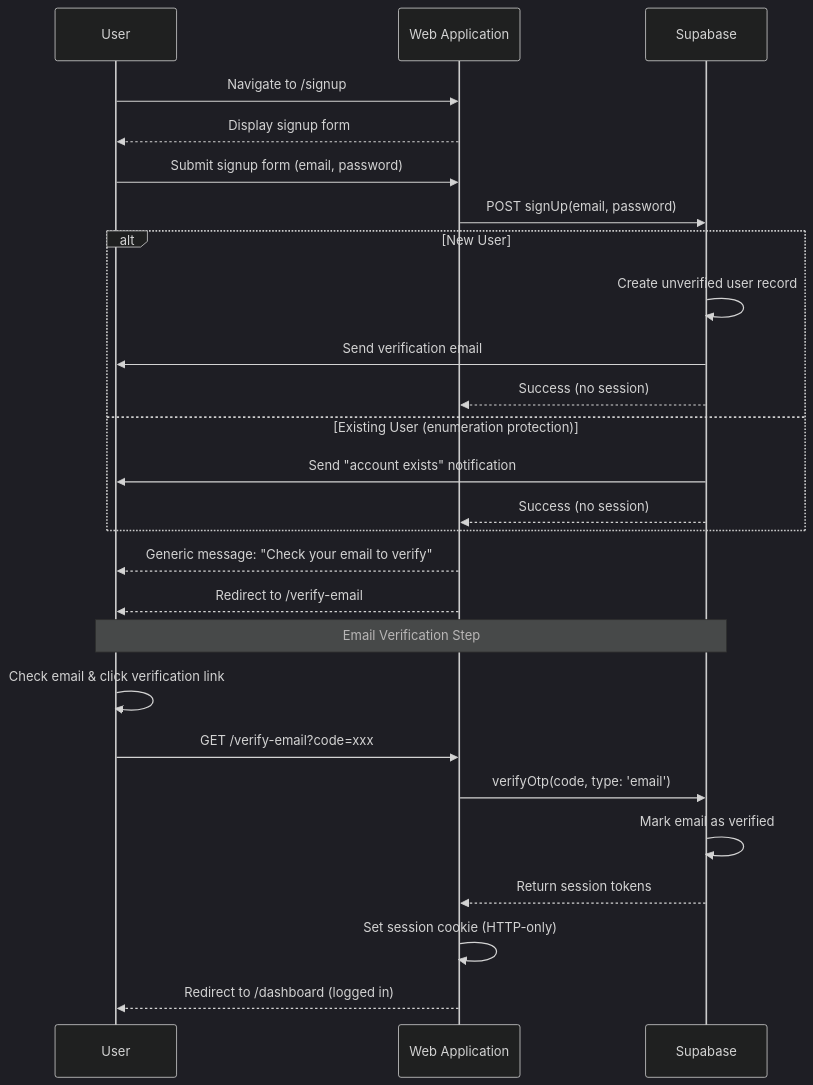
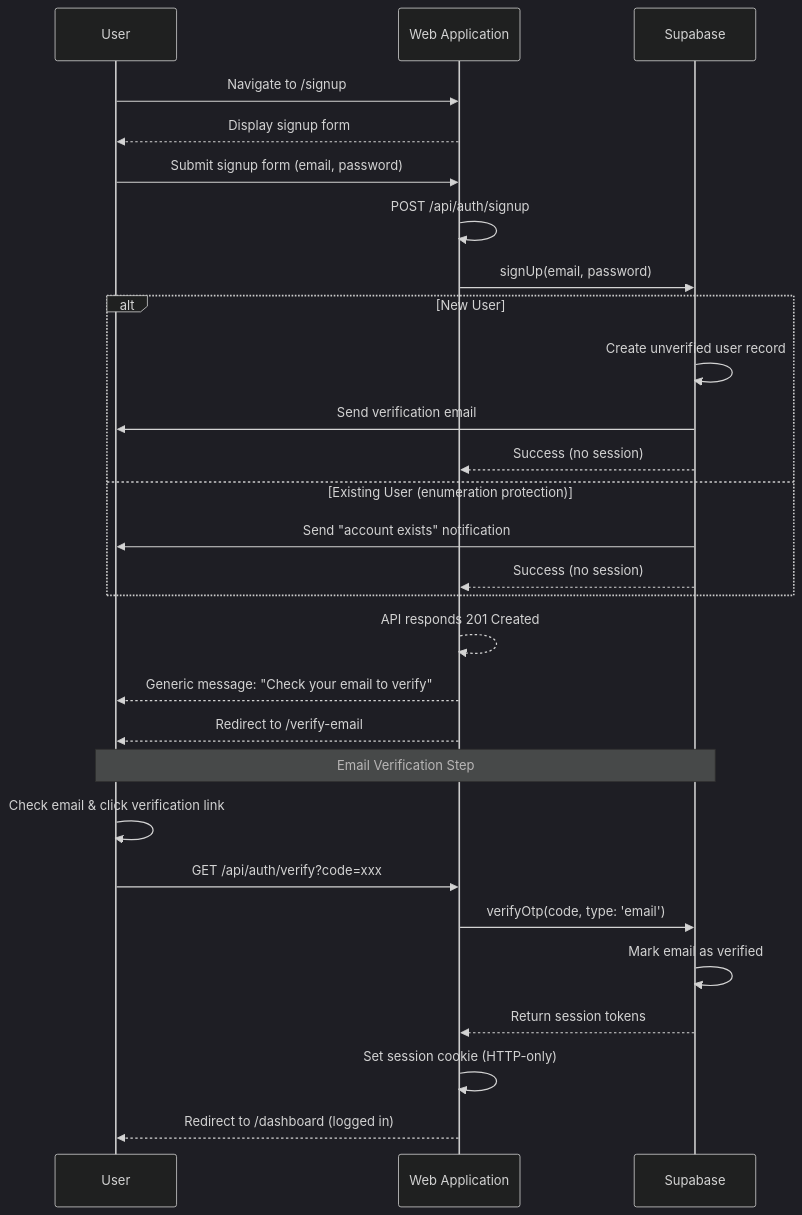
One commit to allev1985/topten changed the first of 3 diagrams in docs/decisions/auth-sequence-diagrams.md. Above: the diagram before and after it, drawn with Mermaid (dark theme). The commit also changed other lines of this file, not shown here.

First line of the commit message:
feat: Add API layer to authentication sequence diagrams

````diff
--- a/docs/decisions/auth-sequence-diagrams.md
+++ b/docs/decisions/auth-sequence-diagrams.md
@@ -7,34 +7,36 @@
 ```mermaid
 sequenceDiagram
     participant User
     participant WebApp as Web Application
     participant Supabase
 
     User->>WebApp: Navigate to /signup
     WebApp-->>User: Display signup form
 
     User->>WebApp: Submit signup form (email, password)
-    WebApp->>Supabase: POST signUp(email, password)
+    WebApp->>WebApp: POST /api/auth/signup
+    WebApp->>Supabase: signUp(email, password)
 
     alt New User
         Supabase->>Supabase: Create unverified user record
         Supabase->>User: Send verification email
         Supabase-->>WebApp: Success (no session)
     else Existing User (enumeration protection)
         Supabase->>User: Send "account exists" notification
         Supabase-->>WebApp: Success (no session)
     end
 
+    WebApp-->>WebApp: API responds 201 Created
     WebApp-->>User: Generic message: "Check your email to verify"
     WebApp-->>User: Redirect to /verify-email
 
     Note over User,Supabase: Email Verification Step
 
     User->>User: Check email & click verification link
-    User->>WebApp: GET /verify-email?code=xxx
+    User->>WebApp: GET /api/auth/verify?code=xxx
     WebApp->>Supabase: verifyOtp(code, type: 'email')
     Supabase->>Supabase: Mark email as verified
     Supabase-->>WebApp: Return session tokens
     WebApp->>WebApp: Set session cookie (HTTP-only)
     WebApp-->>User: Redirect to /dashboard (logged in)
 ```
````
